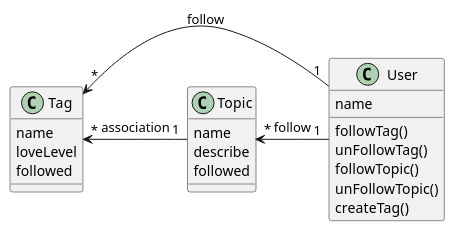
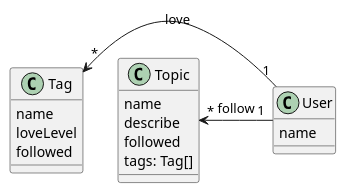
The diagram in docs/syncle.puml (ryota0624/react-native-sample), drawn with PlantUML before and after one commit. The commit also changed other lines of this file and 31 other files, not shown here.

```diff
--- a/docs/syncle.puml
+++ b/docs/syncle.puml
@@ -1,28 +1,24 @@
 @startuml
 
 class Tag {
     name
     loveLevel
     followed
 }
 
 class Topic {
     name
     describe
     followed
+    tags: Tag[]
 }
 
 class User {
     name
-    followTag()
-    unFollowTag()
-    followTopic()
-    unFollowTopic()
-    createTag()
 }
 
-Tag "*" <- "1" User : follow
-Tag "*" <- "1" Topic : association
+Tag "*" <- "1" User : love
+
 Topic "*" <- "1" User : follow
 
 @enduml
```
